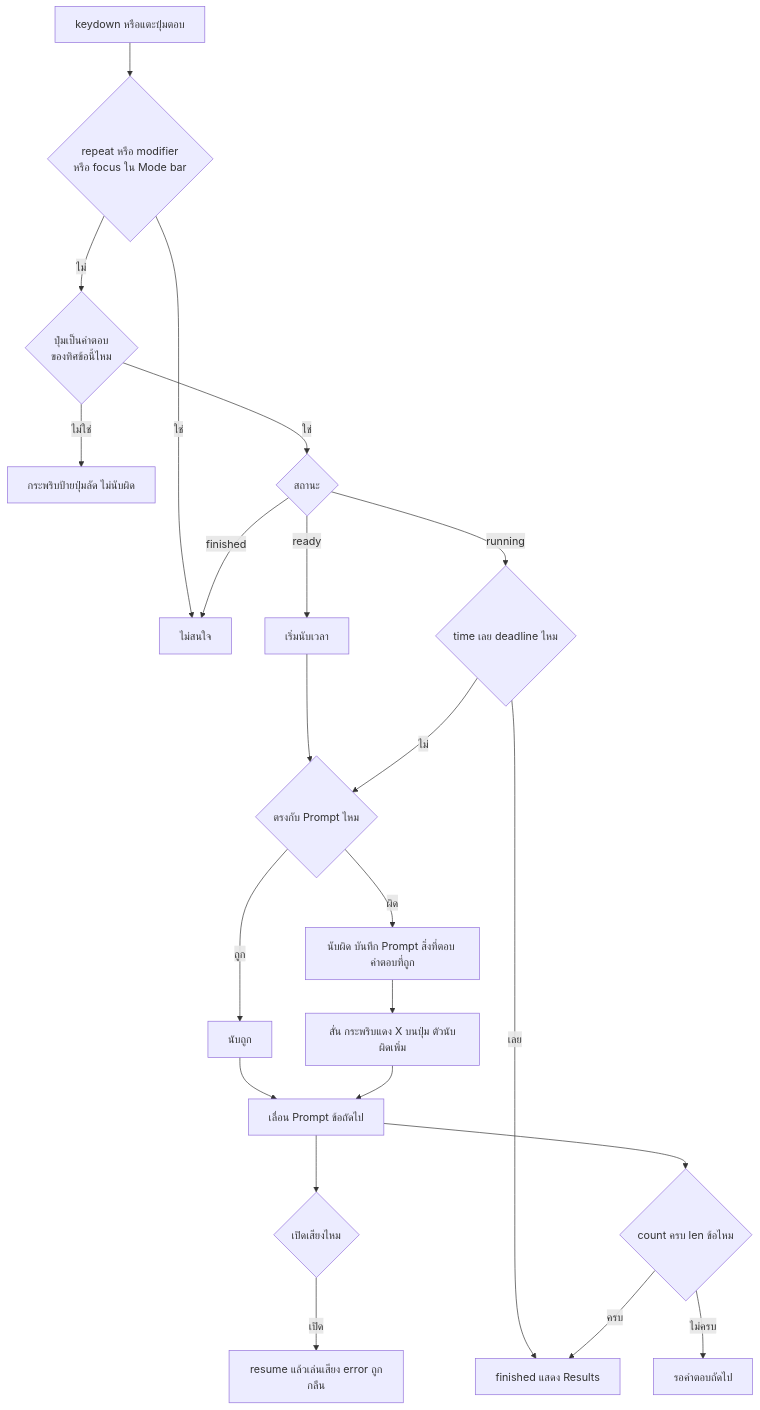
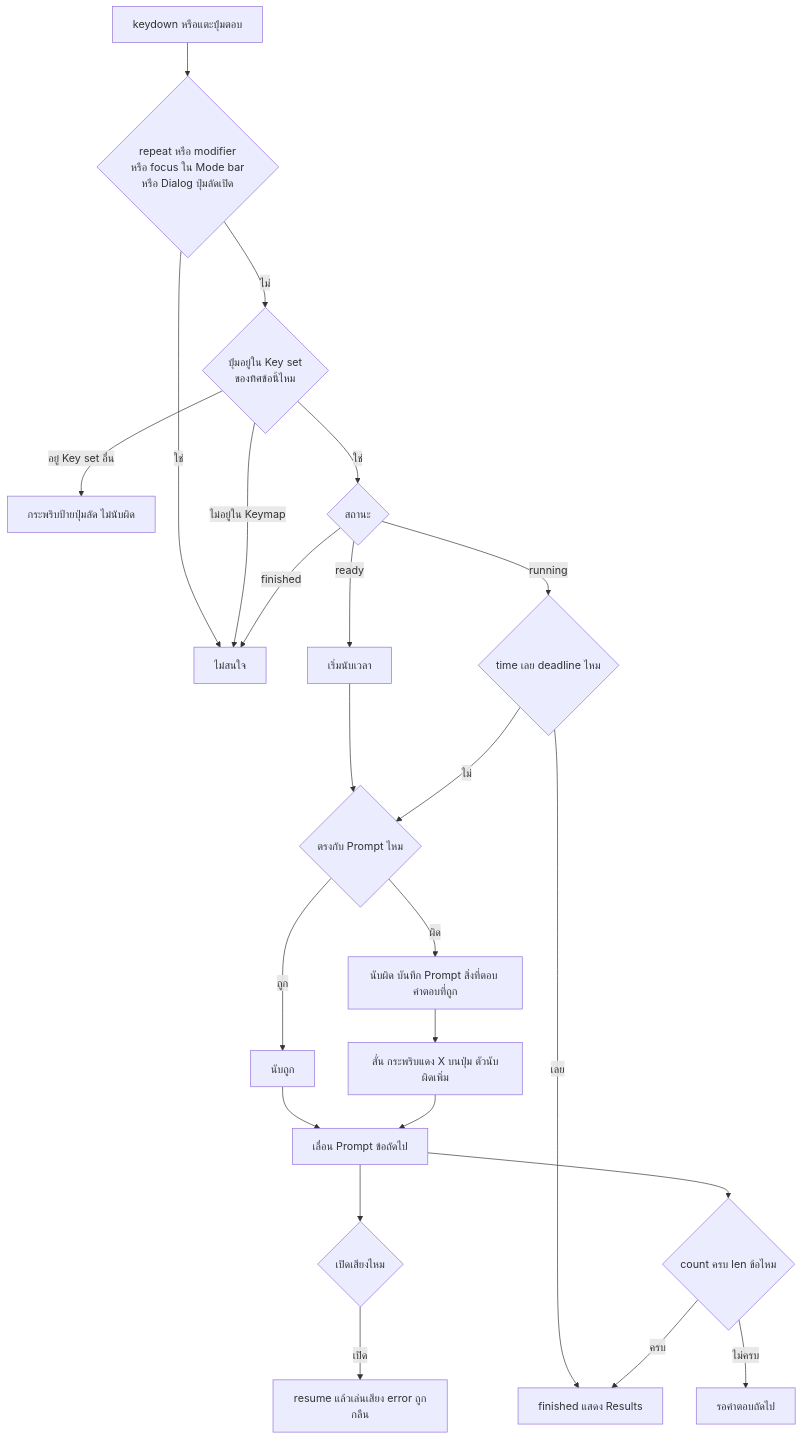
One commit to mousemouse094526/piano-quest changed the second of 3 diagrams in docs/features/note-name-quiz/flow.md. Above: the diagram before and after it, drawn with Mermaid. The commit also changed other lines of this file and 10 other files, not shown here.

````diff
--- a/docs/features/note-name-quiz/flow.md
+++ b/docs/features/note-name-quiz/flow.md
@@ -36,24 +37,25 @@
 ```mermaid
 flowchart TD
-    A[keydown หรือแตะปุ่มตอบ] --> A1{repeat หรือ modifier<br/>หรือ focus ใน Mode bar}
+    A[keydown หรือแตะปุ่มตอบ] --> A1{repeat หรือ modifier<br/>หรือ focus ใน Mode bar<br/>หรือ Dialog ปุ่มลัดเปิด}
     A1 -- ใช่ --> Z0[ไม่สนใจ]
-    A1 -- ไม่ --> B{ปุ่มเป็นคำตอบ<br/>ของทิศข้อนี้ไหม}
-    B -- ไม่ใช่ --> Z[กระพริบป้ายปุ่มลัด ไม่นับผิด]
+    A1 -- ไม่ --> B{ปุ่มอยู่ใน Key set<br/>ของทิศข้อนี้ไหม}
+    B -- อยู่ Key set อื่น --> Z[กระพริบป้ายปุ่มลัด ไม่นับผิด]
+    B -- ไม่อยู่ใน Keymap --> Z0
     B -- ใช่ --> C{สถานะ}
     C -- finished --> Z0
     C -- ready --> D[เริ่มนับเวลา]
     D --> E{ตรงกับ Prompt ไหม}
     C -- running --> T{time เลย deadline ไหม}
     T -- เลย --> M
     T -- ไม่ --> E
     E -- ถูก --> F[นับถูก]
     F --> I[เลื่อน Prompt ข้อถัดไป]
     I --> G{เปิดเสียงไหม}
     G -- เปิด --> H[resume แล้วเล่นเสียง error ถูกกลืน]
     E -- ผิด --> J[นับผิด บันทึก Prompt สิ่งที่ตอบ คำตอบที่ถูก]
     J --> K[สั่น กระพริบแดง X บนปุ่ม ตัวนับผิดเพิ่ม]
     K --> I
     I --> L{count ครบ len ข้อไหม}
     L -- ครบ --> M[finished แสดง Results]
     L -- ไม่ครบ --> N[รอคำตอบถัดไป]
 ```
````
